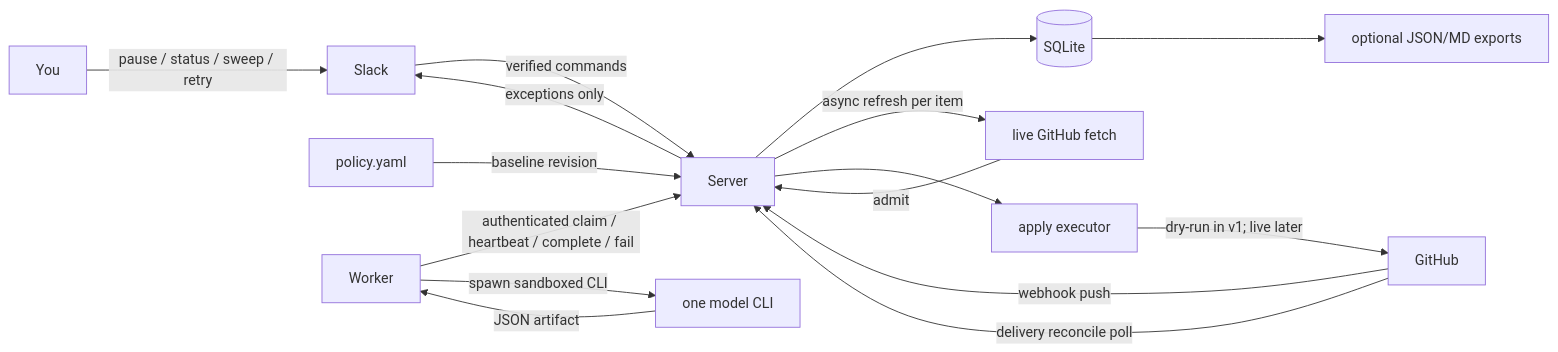
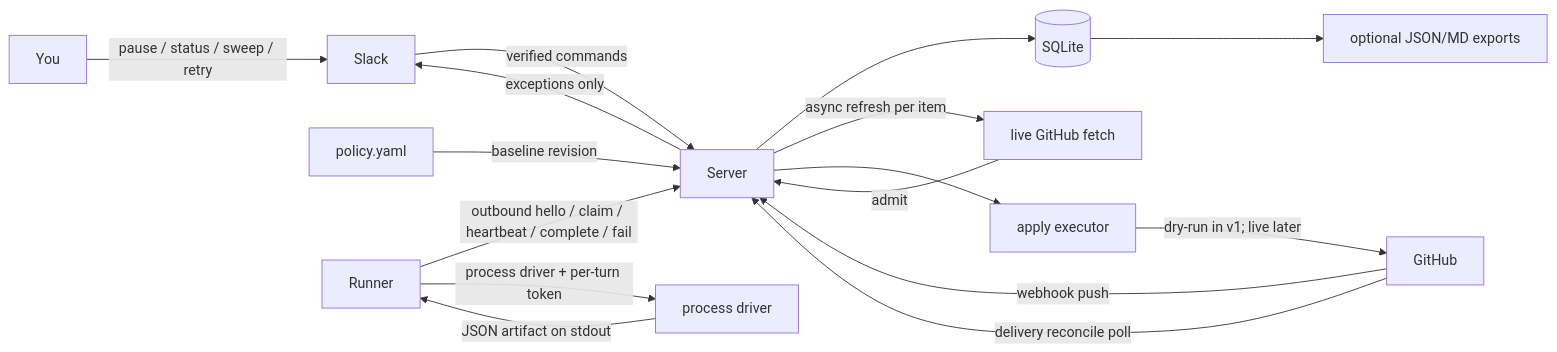
One commit to Sannrox/rusui changed the first of 2 diagrams in ARCHITECTURE.md. Above: the diagram before and after it, drawn with Mermaid. The commit also changed other lines of this file and 16 other files, not shown here.

First line of the commit message:
Replace rusui-worker with an outbound process runner.

````diff
--- a/ARCHITECTURE.md
+++ b/ARCHITECTURE.md
@@ -32,22 +32,22 @@
 ```mermaid
 flowchart LR
   You -->|pause / status / sweep / retry| Slack
   Slack -->|verified commands| Server
   GitHub -->|webhook push| Server
   GitHub -->|delivery reconcile poll| Server
   PolicyFile[policy.yaml] -->|baseline revision| Server
 
   Server --> DB[(SQLite)]
   DB --> Exports[optional JSON/MD exports]
 
   Server -->|async refresh per item| Fetch[live GitHub fetch]
   Fetch -->|admit| Server
 
-  Worker -->|authenticated claim / heartbeat / complete / fail| Server
-  Worker -->|spawn sandboxed CLI| ReviewCLI[one model CLI]
-  ReviewCLI -->|JSON artifact| Worker
+  Runner -->|outbound hello / claim / heartbeat / complete / fail| Server
+  Runner -->|process driver + per-turn token| Driver[process driver]
+  Driver -->|JSON artifact on stdout| Runner
 
   Apply[apply executor] -->|dry-run in v1; live later| GitHub
   Server --> Apply
   Server -->|exceptions only| Slack
 ```
````
